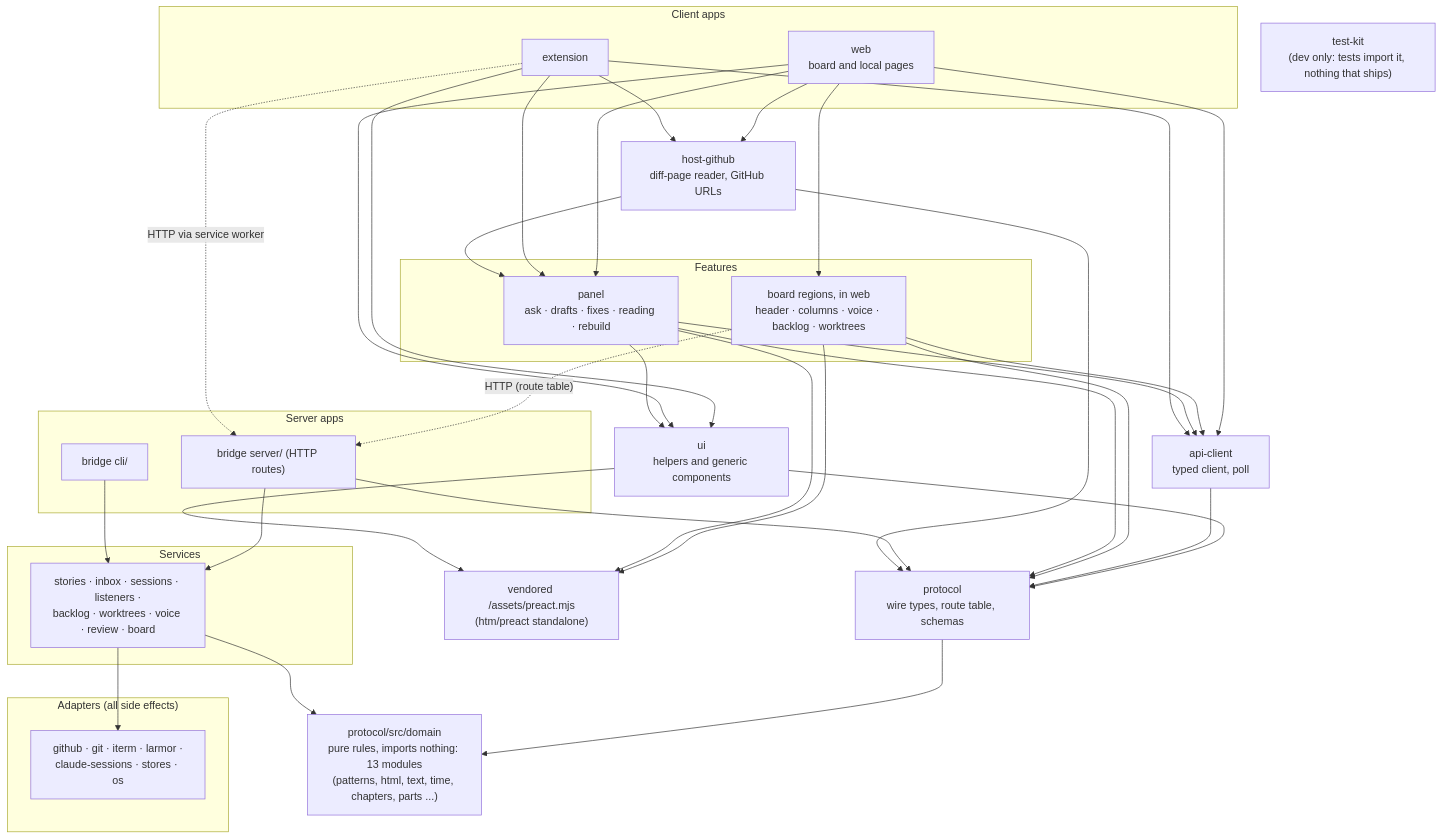
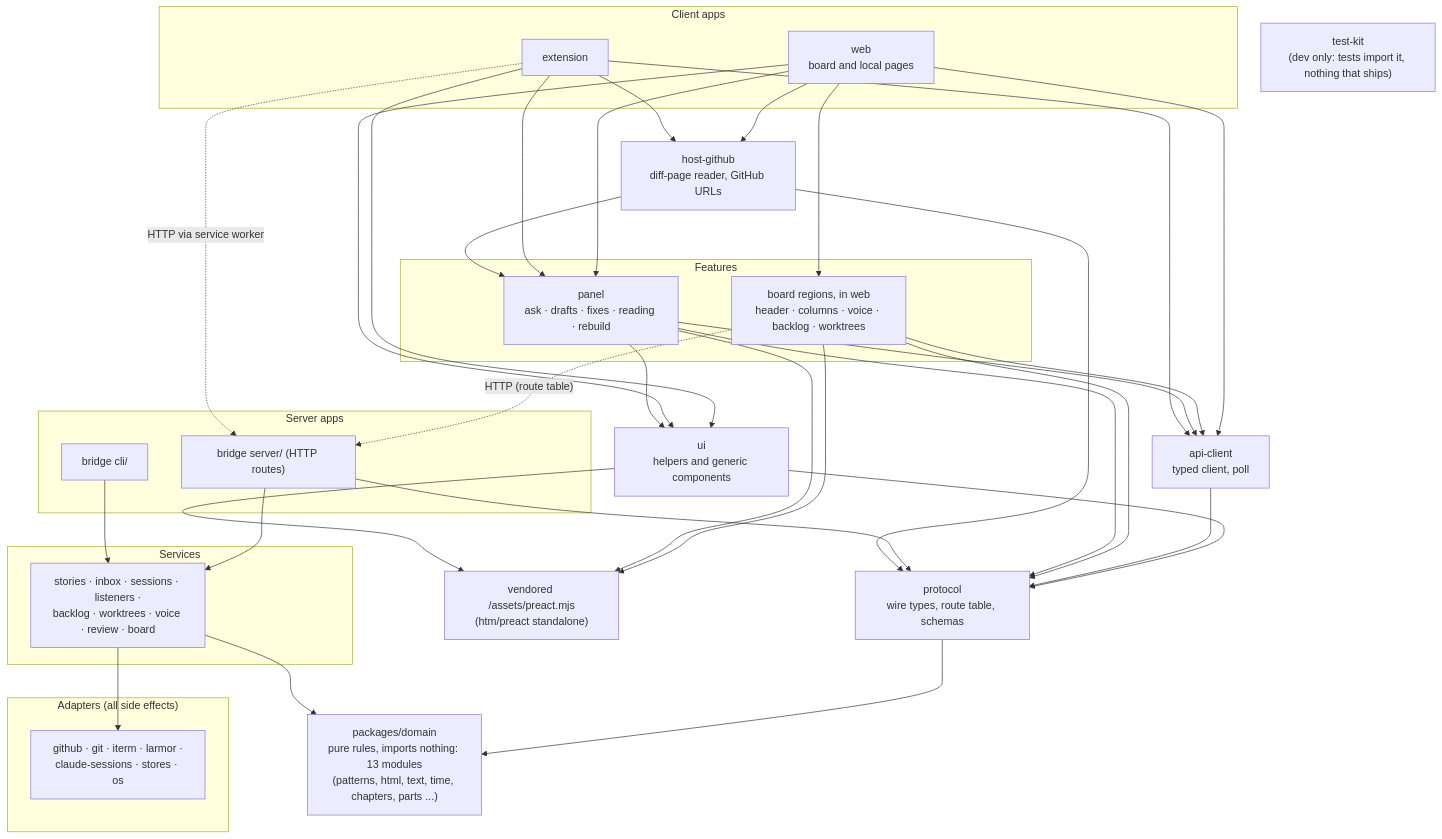
The diagram in docs/adr/adr-15-layered-packages-and-protocol.md (shank-eric/once-upon-a-diff), drawn with Mermaid before and after one commit. The commit also changed other lines of this file and 195 other files, not shown here.

````diff
--- a/docs/adr/adr-15-layered-packages-and-protocol.md
+++ b/docs/adr/adr-15-layered-packages-and-protocol.md
@@ -24,59 +24,59 @@
 ```mermaid
 flowchart TB
   subgraph clientApps["Client apps"]
     web["web<br/>board and local pages"]
     ext["extension"]
   end
   subgraph features["Features"]
     boardview["board regions, in web<br/>header · columns · voice · backlog · worktrees"]
     panel["panel<br/>ask · drafts · fixes · reading · rebuild"]
   end
   host["host-github<br/>diff-page reader, GitHub URLs"]
   ui["ui<br/>helpers and generic components"]
   api["api-client<br/>typed client, poll"]
   protocol["protocol<br/>wire types, route table, schemas"]
-  domain["protocol/src/domain<br/>pure rules, imports nothing: 13 modules<br/>(patterns, html, text, time, chapters, parts ...)"]
+  domain["packages/domain<br/>pure rules, imports nothing: 13 modules<br/>(patterns, html, text, time, chapters, parts ...)"]
   vendor["vendored /assets/preact.mjs<br/>(htm/preact standalone)"]
   testkit["test-kit<br/>(dev only: tests import it, nothing that ships)"]
   subgraph serverApps["Server apps"]
     http["bridge server/ (HTTP routes)"]
     cli["bridge cli/"]
   end
   subgraph services["Services"]
     svc["stories · inbox · sessions · listeners ·<br/>backlog · worktrees · voice · review · board"]
   end
   subgraph adapters["Adapters (all side effects)"]
     ad["github · git · iterm · larmor ·<br/>claude-sessions · stores · os"]
   end
 
   web --> boardview
   web --> api
   web --> panel
   web --> host
   ext --> panel
   ext --> host
   boardview --> api
   panel --> api
   ext --> api
   ext --> ui
   web --> ui
   panel --> ui
   ui --> protocol
   api --> protocol
   boardview --> protocol
   panel --> protocol
   protocol --> domain
   http --> protocol
   http --> svc
   cli --> svc
   svc --> domain
   svc --> ad
   boardview --> vendor
   panel --> vendor
   ui --> vendor
   host --> panel
   host --> protocol
   boardview -. "HTTP (route table)" .-> http
   ext -. "HTTP via service worker" .-> http
 
 ```
````
